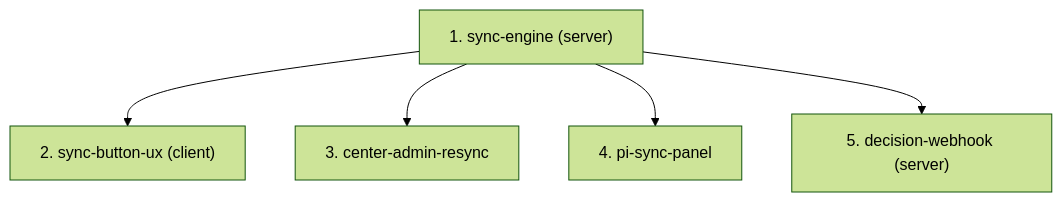
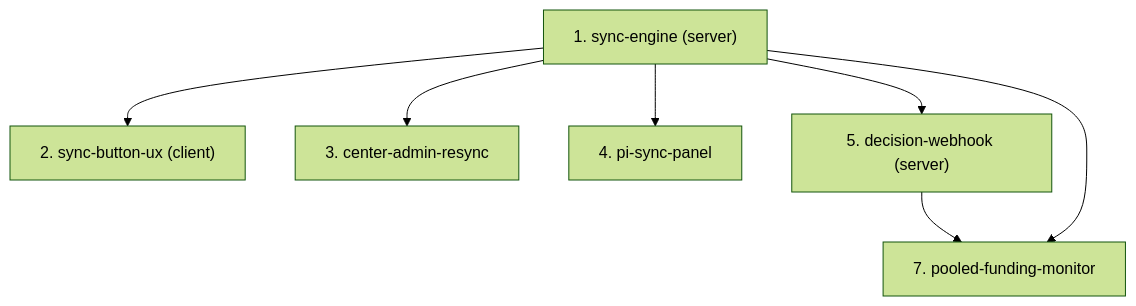
The diagram in docs/specs/bilateral/prms-sync/family.md (AllianceBioversityCIAT/alliance-research-indicators-main), drawn with Mermaid (forest theme) before and after one commit. The commit also changed other lines of this file and 6 other files, not shown here.

Commit message:
[SPEC:bilateral/prms-sync/pooled-funding-monitor] docs(specs): add Pooled Funding Contribution Monitor spec (child 7)

````diff
--- a/docs/specs/bilateral/prms-sync/family.md
+++ b/docs/specs/bilateral/prms-sync/family.md
@@ -50,7 +53,9 @@
 ```mermaid
 graph TD
     C1["1. sync-engine (server)"] --> C2["2. sync-button-ux (client)"]
     C1 --> C3["3. center-admin-resync"]
     C1 --> C4["4. pi-sync-panel"]
     C1 --> C5["5. decision-webhook (server)"]
+    C5 --> C7["7. pooled-funding-monitor"]
+    C1 --> C7
 ```
````
